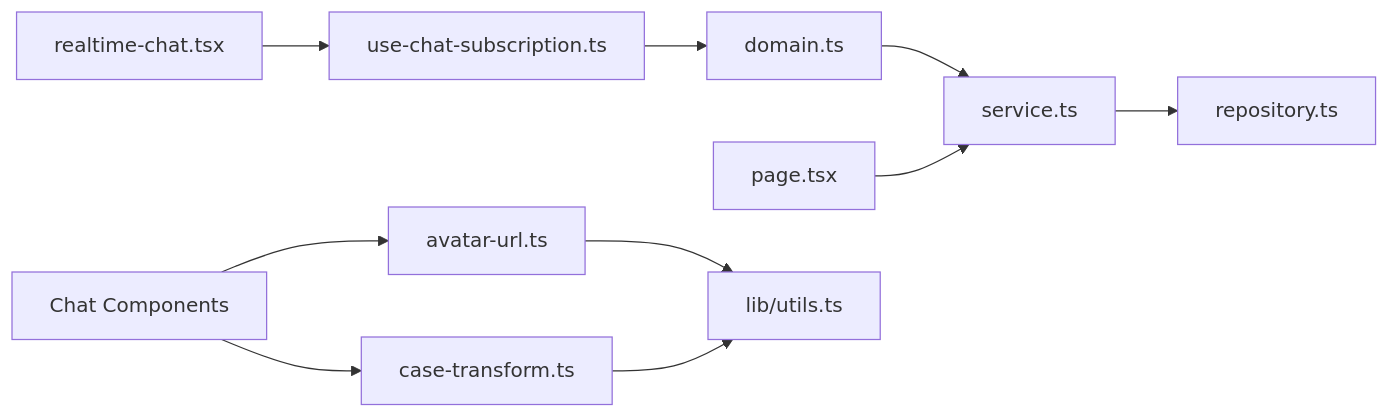
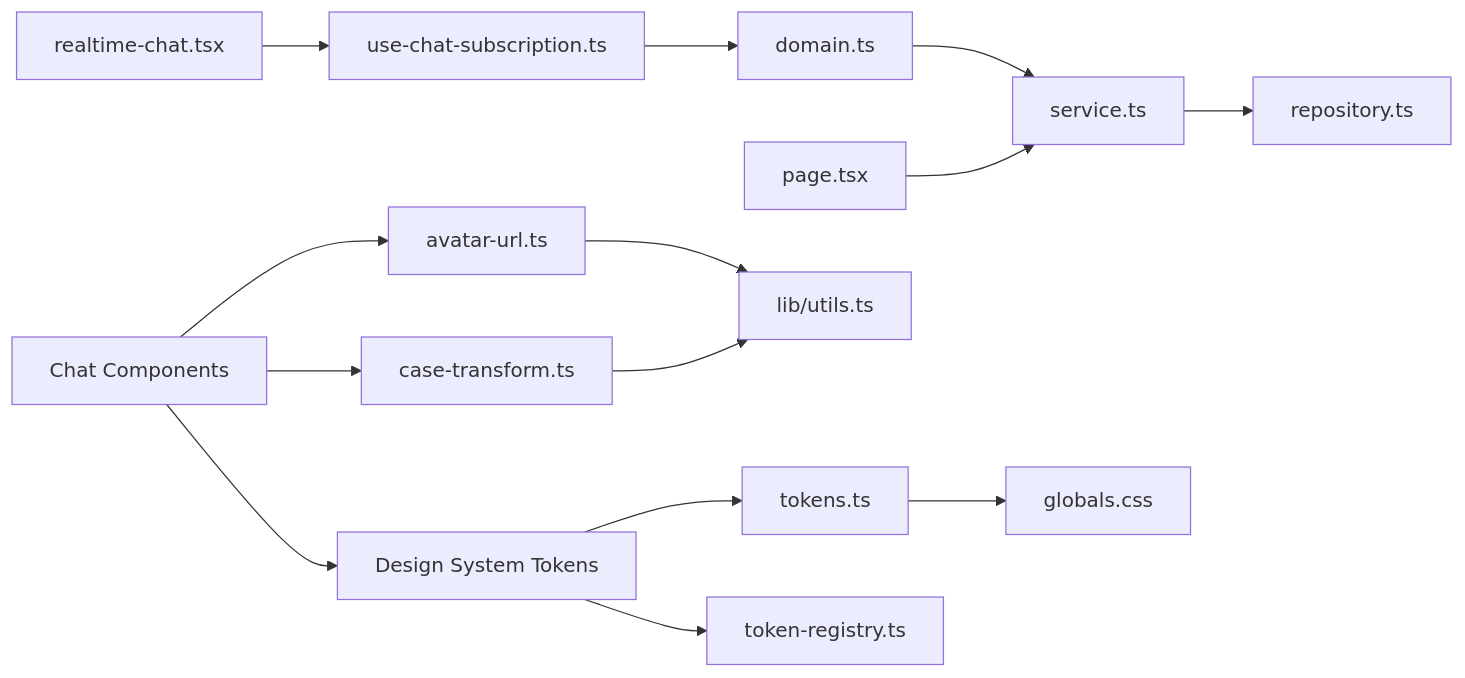
The seventh of 7 diagrams in .qoder/repowiki/en/content/Real-time Features/Chat System.md (SinesysTech/zattar-os), drawn with Mermaid before and after one commit. The commit also changed other lines of this file and 4 other files, not shown here.

````diff
--- a/.qoder/repowiki/en/content/Real-time Features/Chat System.md
+++ b/.qoder/repowiki/en/content/Real-time Features/Chat System.md
@@ -459,12 +615,16 @@
 ```mermaid
 graph LR
 Domain["domain.ts"] --> Service["service.ts"]
 Service --> Repo["repository.ts"]
 Page["page.tsx"] --> Service
 Hook["use-chat-subscription.ts"] --> Domain
 RTComp["realtime-chat.tsx"] --> Hook
 Components["Chat Components"] --> AvatarUtils["avatar-url.ts"]
 Components --> CaseUtils["case-transform.ts"]
+Components --> DesignSystem["Design System Tokens"]
 AvatarUtils --> Utils["lib/utils.ts"]
 CaseUtils --> Utils
+DesignSystem --> Tokens["tokens.ts"]
+DesignSystem --> Registry["token-registry.ts"]
+Tokens --> Globals["globals.css"]
 ```
````
